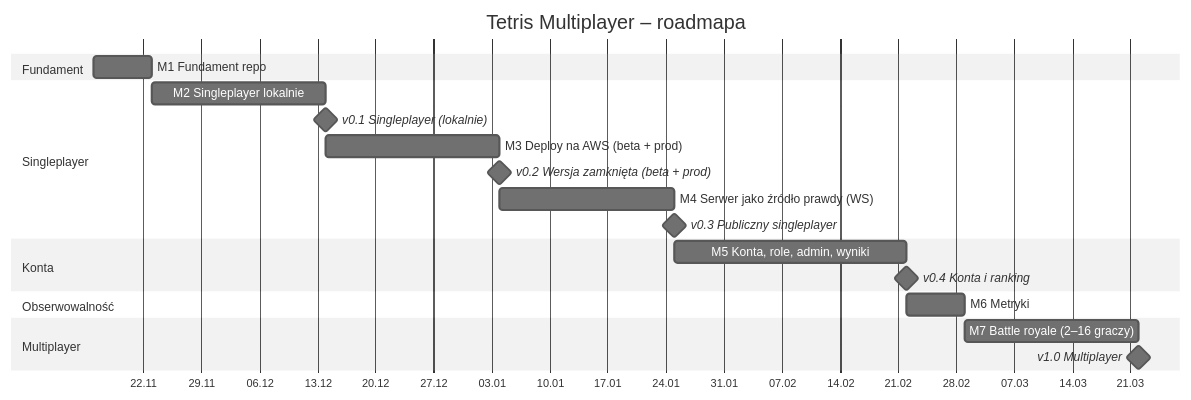
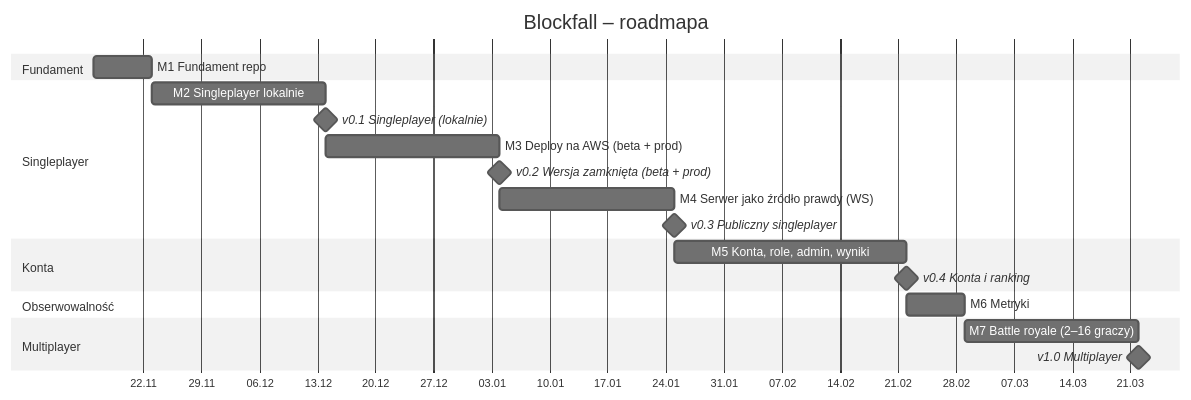
One commit to borys94/tetris-multiplayer changed the diagram in docs/roadmap.md. Above: the diagram before and after it, drawn with Mermaid (neutral theme). The commit also changed 42 other files, not shown here.

````diff
--- a/docs/roadmap.md
+++ b/docs/roadmap.md
@@ -8,28 +8,28 @@
 ```mermaid
 gantt
-    title Tetris Multiplayer – roadmapa
+    title Blockfall – roadmapa
     dateFormat YYYY-MM-DD
     axisFormat %d.%m
 
     section Fundament
     M1 Fundament repo                    :m1, 2026-11-16, 7d
 
     section Singleplayer
     M2 Singleplayer lokalnie             :m2, after m1, 21d
     v0.1 Singleplayer (lokalnie)         :milestone, after m2, 0d
     M3 Deploy na AWS (beta + prod)       :m3, after m2, 21d
     v0.2 Wersja zamknięta (beta + prod)  :milestone, after m3, 0d
     M4 Serwer jako źródło prawdy (WS)    :m4, after m3, 21d
     v0.3 Publiczny singleplayer          :milestone, after m4, 0d
 
     section Konta
     M5 Konta, role, admin, wyniki        :m5, after m4, 28d
     v0.4 Konta i ranking                 :milestone, after m5, 0d
 
     section Obserwowalność
     M6 Metryki                           :m6, after m5, 7d
 
     section Multiplayer
     M7 Battle royale (2–16 graczy)       :m7, after m6, 21d
     v1.0 Multiplayer                     :milestone, after m7, 0d
 ```
````
